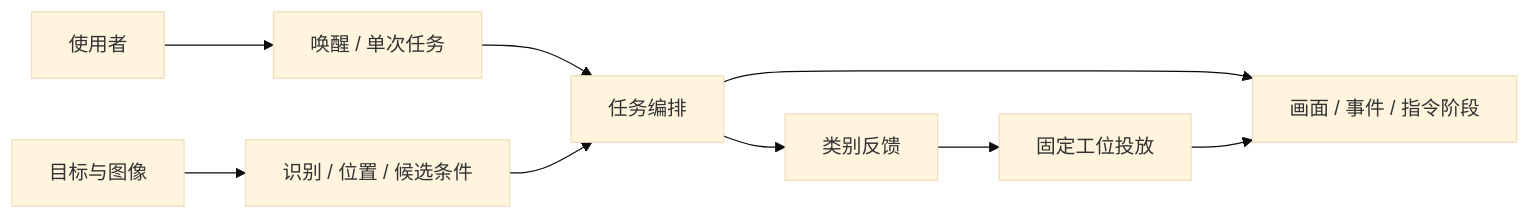
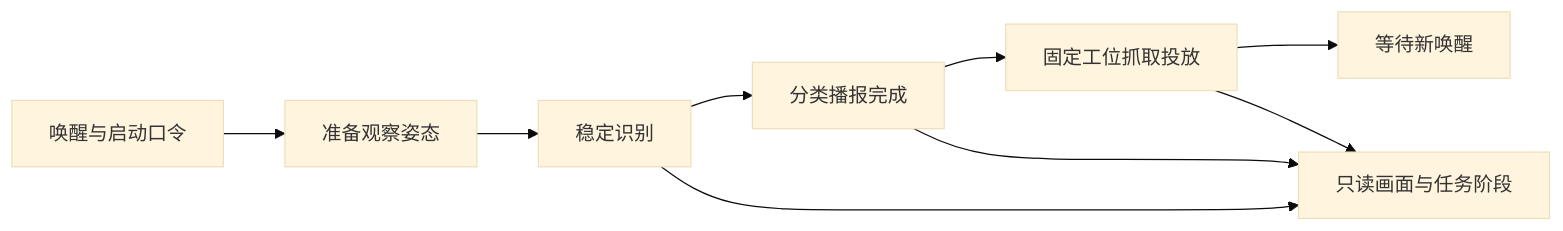
One commit to Citlali6/VisionGrasp-Z19 changed the diagram in README.md. Above: the diagram before and after it, drawn with Mermaid (base theme). The commit also changed other lines of this file and 37 other files, not shown here.

````diff
--- a/README.md
+++ b/README.md
@@ -31,11 +37,11 @@
 ```mermaid
 flowchart LR
-    USER[使用者] --> VOICE[唤醒 / 单次任务]
-    CAMERA[目标与图像] --> PERCEPTION[识别 / 位置 / 候选条件]
-    VOICE --> TASK[任务编排]
-    PERCEPTION --> TASK
-    TASK --> SPEAK[类别反馈]
-    SPEAK --> ACT[固定工位投放]
-    TASK --> VIEW[画面 / 事件 / 指令阶段]
+    WAKE[唤醒与启动口令] --> PREP[准备观察姿态]
+    PREP --> DETECT[稳定识别]
+    DETECT --> SPEAK[分类播报完成]
+    SPEAK --> ACT[固定工位抓取投放]
+    ACT --> WAIT[等待新唤醒]
+    DETECT --> VIEW[只读画面与任务阶段]
+    SPEAK --> VIEW
     ACT --> VIEW
 ```
````
